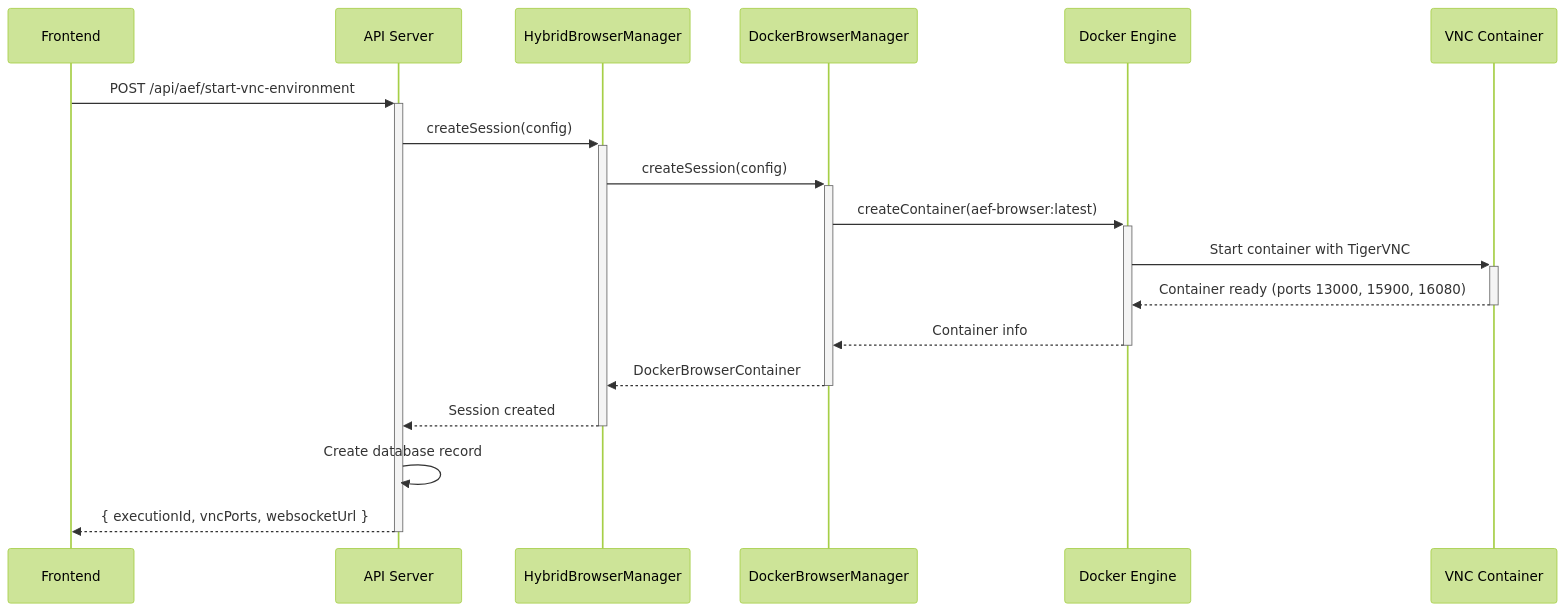
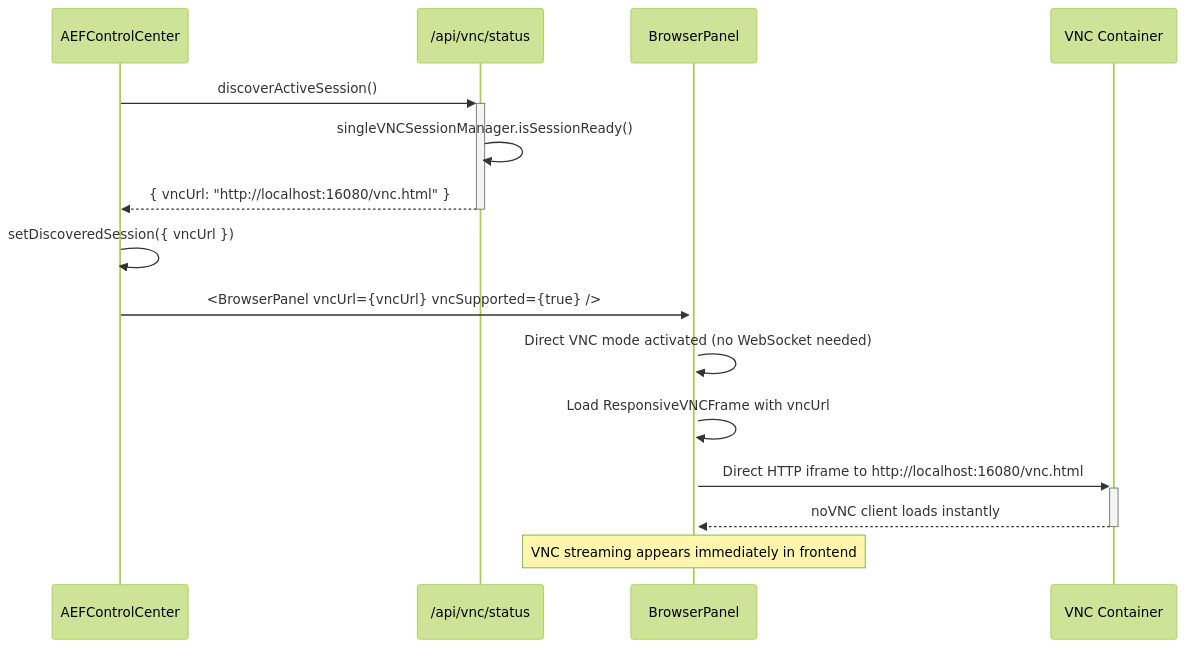
The second of 4 diagrams in VNC-WebSocket-RemoteDesktop-Documentation.md (Atypis/runops-v2), drawn with Mermaid (forest theme) before and after one commit. The commit also changed other lines of this file and 16 other files, not shown here.

Commit message:
Finally implemented Single Container Policy and connected AEF to single container!

````diff
--- a/VNC-WebSocket-RemoteDesktop-Documentation.md
+++ b/VNC-WebSocket-RemoteDesktop-Documentation.md
@@ -540,21 +189,18 @@
 ```mermaid
 sequenceDiagram
-    participant UI as Frontend
-    participant API as API Server
-    participant HBM as HybridBrowserManager
-    participant DBM as DockerBrowserManager
-    participant Docker as Docker Engine
+    participant AEF as AEFControlCenter
+    participant API as /api/vnc/status
+    participant BP as BrowserPanel
     participant VNC as VNC Container
 
-    UI->>+API: POST /api/aef/start-vnc-environment
-    API->>+HBM: createSession(config)
-    HBM->>+DBM: createSession(config)
-    DBM->>+Docker: createContainer(aef-browser:latest)
-    Docker->>+VNC: Start container with TigerVNC
-    VNC-->>-Docker: Container ready (ports 13000, 15900, 16080)
-    Docker-->>-DBM: Container info
-    DBM-->>-HBM: DockerBrowserContainer
-    HBM-->>-API: Session created
-    API->>API: Create database record
-    API-->>-UI: { executionId, vncPorts, websocketUrl }
+    AEF->>+API: discoverActiveSession()
+    API->>API: singleVNCSessionManager.isSessionReady()
+    API-->>-AEF: { vncUrl: "http://localhost:16080/vnc.html" }
+    AEF->>AEF: setDiscoveredSession({ vncUrl })
+    AEF->>+BP: <BrowserPanel vncUrl={vncUrl} vncSupported={true} />
+    BP->>BP: Direct VNC mode activated (no WebSocket needed)
+    BP->>BP: Load ResponsiveVNCFrame with vncUrl
+    BP->>+VNC: Direct HTTP iframe to http://localhost:16080/vnc.html
+    VNC-->>-BP: noVNC client loads instantly
+    Note over BP: VNC streaming appears immediately in frontend
 ```
````
